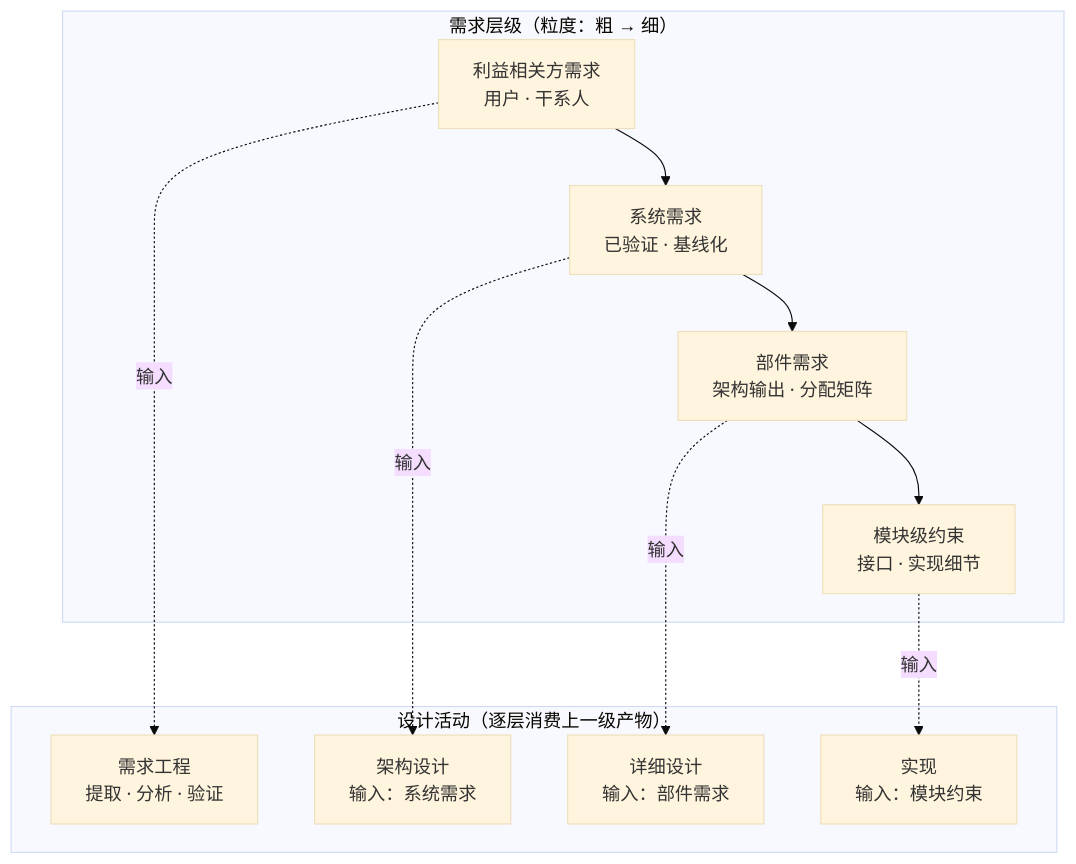
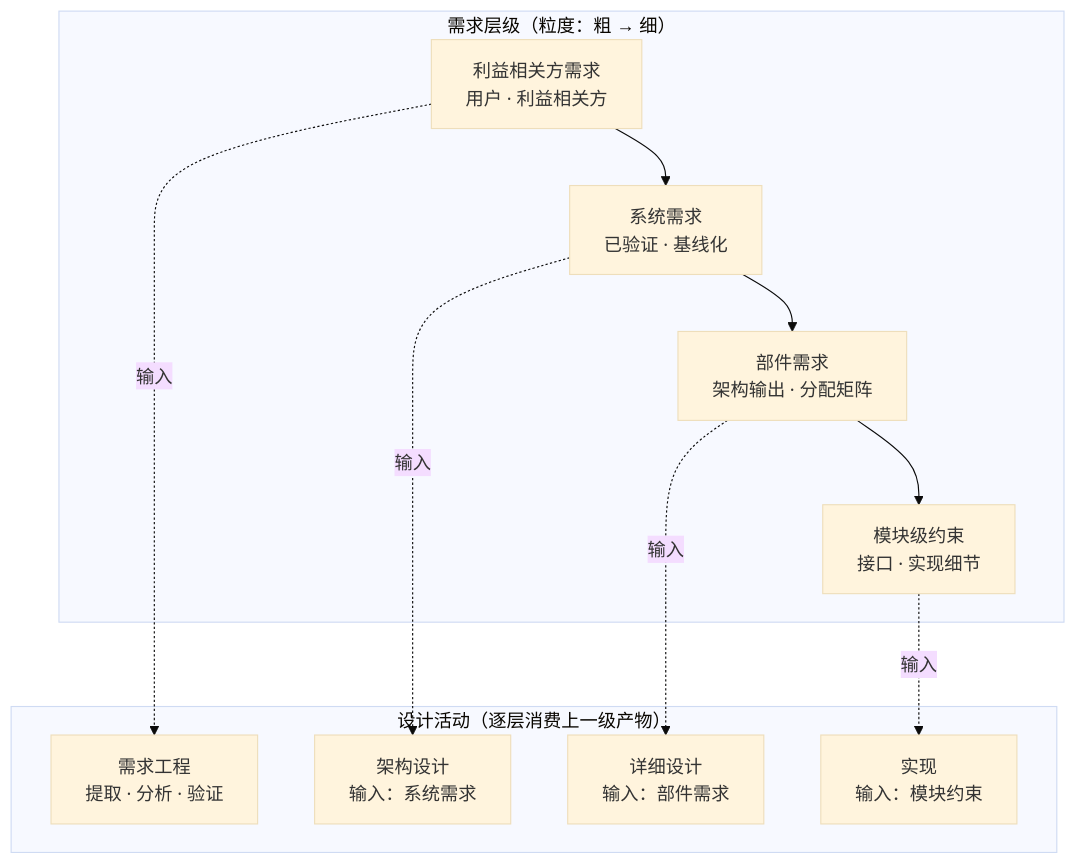
The sixth of 11 diagrams in 100-subprojects/01-系统工程研究/00-系统工程相关研究报告/10-架构设计方法论全景研究报告.md (Yongjunzhou/AOS-system-design), drawn with Mermaid (base theme) before and after one commit. The commit also changed other lines of this file and 38 other files, not shown here.

````diff
--- a/100-subprojects/01-系统工程研究/00-系统工程相关研究报告/10-架构设计方法论全景研究报告.md
+++ b/100-subprojects/01-系统工程研究/00-系统工程相关研究报告/10-架构设计方法论全景研究报告.md
@@ -346,18 +374,18 @@
 ```mermaid
 flowchart TB
     subgraph REQ["需求层级（粒度：粗 → 细）"]
-        R1[利益相关方需求<br/>用户 · 干系人] --> R2[系统需求<br/>已验证 · 基线化]
+        R1[利益相关方需求<br/>用户 · 利益相关方] --> R2[系统需求<br/>已验证 · 基线化]
         R2 --> R3[部件需求<br/>架构输出 · 分配矩阵]
         R3 --> R4[模块级约束<br/>接口 · 实现细节]
     end
     subgraph DES["设计活动（逐层消费上一级产物）"]
         D1[需求工程<br/>提取 · 分析 · 验证]
         D2[架构设计<br/>输入：系统需求]
         D3[详细设计<br/>输入：部件需求]
         D4[实现<br/>输入：模块约束]
     end
     R1 -.输入.-> D1
     R2 -.输入.-> D2
     R3 -.输入.-> D3
     R4 -.输入.-> D4
 ```
````
